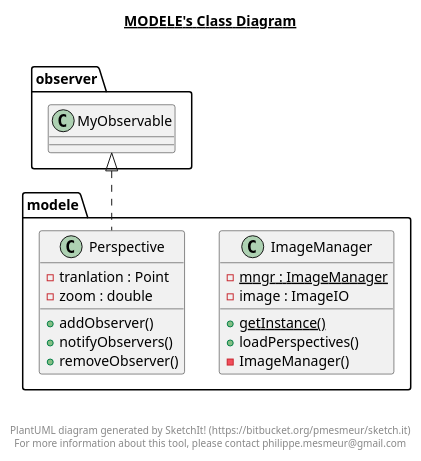
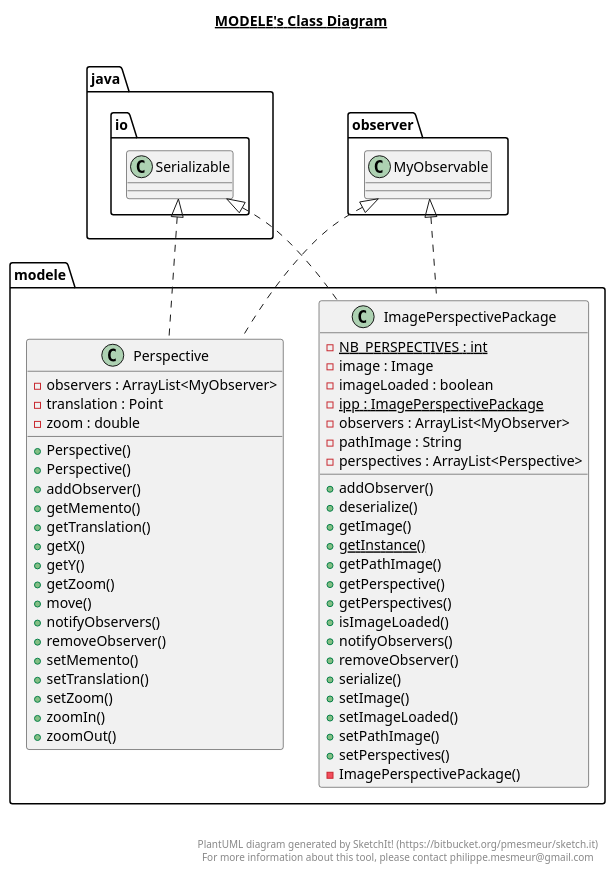
One commit to ThoLavergne/LOG121Lab3 changed the diagram in out/production/LOG121Lab3/modele/modele.plantuml. Above: the diagram before and after it, drawn with PlantUML. The commit also changed 59 other files, not shown here.

```diff
--- a/out/production/LOG121Lab3/modele/modele.plantuml
+++ b/out/production/LOG121Lab3/modele/modele.plantuml
@@ -1,37 +1,72 @@
 @startuml
 
 title __MODELE's Class Diagram__\n
 
   namespace modele {
-    class modele.ImageManager {
-        {static} - mngr : ImageManager
+    class modele.ImagePerspectivePackage {
+        {static} - NB_PERSPECTIVES : int
+        - image : Image
+        - imageLoaded : boolean
+        {static} - ipp : ImagePerspectivePackage
+        - observers : ArrayList<MyObserver>
+        - pathImage : String
+        - perspectives : ArrayList<Perspective>
+        + addObserver()
+        + deserialize()
+        + getImage()
         {static} + getInstance()
-        - image : ImageIO
-        + loadPerspectives()
-        - ImageManager()
+        + getPathImage()
+        + getPerspective()
+        + getPerspectives()
+        + isImageLoaded()
+        + notifyObservers()
+        + removeObserver()
+        + serialize()
+        + setImage()
+        + setImageLoaded()
+        + setPathImage()
+        + setPerspectives()
+        - ImagePerspectivePackage()
     }
   }
   
 
   namespace modele {
     class modele.Perspective {
-        - tranlation : Point
+        - observers : ArrayList<MyObserver>
+        - translation : Point
         - zoom : double
+        + Perspective()
+        + Perspective()
         + addObserver()
+        + getMemento()
+        + getTranslation()
+        + getX()
+        + getY()
+        + getZoom()
+        + move()
         + notifyObservers()
         + removeObserver()
+        + setMemento()
+        + setTranslation()
+        + setZoom()
+        + zoomIn()
+        + zoomOut()
     }
   }
   
 
+  modele.ImagePerspectivePackage .up.|> java.io.Serializable
+  modele.ImagePerspectivePackage .up.|> observer.MyObservable
+  modele.Perspective .up.|> java.io.Serializable
   modele.Perspective .up.|> observer.MyObservable
 
 
 right footer
 
 
 PlantUML diagram generated by SketchIt! (https://bitbucket.org/pmesmeur/sketch.it)
 For more information about this tool, please contact philippe.mesmeur@gmail.com
 endfooter
 
 @enduml
```
